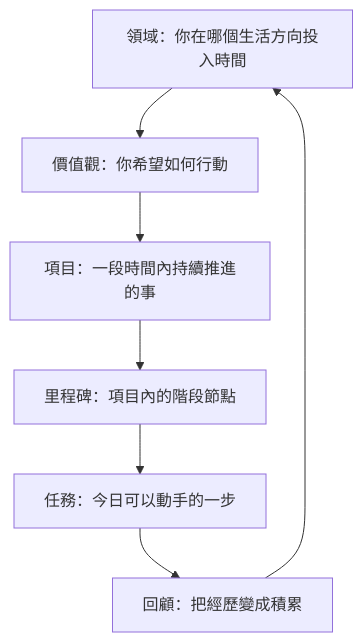
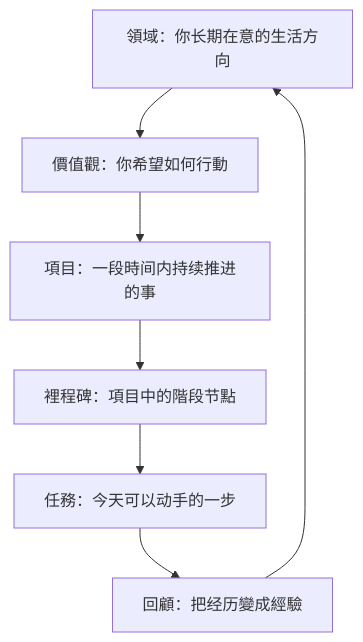
The diagram in manual/docs/zh-hk/value-to-action/from-domain-to-task.md (granoflow/granoflow-docs), drawn with Mermaid before and after one commit. The commit also changed other lines of this file and 70 other files, not shown here.

````diff
--- a/manual/docs/zh-hk/value-to-action/from-domain-to-task.md
+++ b/manual/docs/zh-hk/value-to-action/from-domain-to-task.md
@@ -14,9 +23,9 @@
 ```mermaid
 graph TD
-  A[領域：你在哪個生活方向投入時間] --> B[價值觀：你希望如何行動]
-  B --> C[項目：一段時間內持續推進的事]
-  C --> D[里程碑：項目內的階段節點]
-  D --> E[任務：今日可以動手的一步]
-  E --> F[回顧：把經歷變成積累]
+  A[領域：你长期在意的生活方向] --> B[價值觀：你希望如何行動]
+  B --> C[項目：一段時间内持续推进的事]
+  C --> D[裡程碑：項目中的階段节點]
+  D --> E[任務：今天可以动手的一步]
+  E --> F[回顧：把经历變成經驗]
   F --> A
 ```
````
